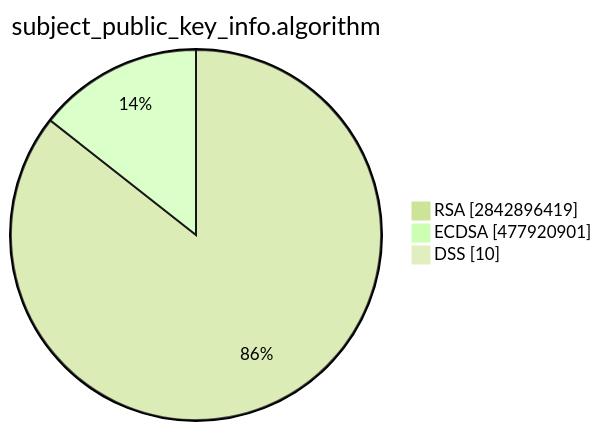
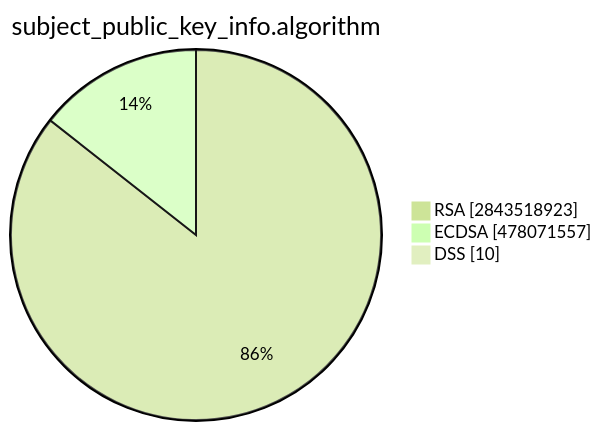
The second of 15 diagrams in TOTAL/README.md (christiankrug/ctmonitor_visualization), drawn with Mermaid (forest theme) before and after one commit. The commit also changed other lines of this file, not shown here.

````diff
--- a/TOTAL/README.md
+++ b/TOTAL/README.md
@@ -6,7 +6,7 @@
 ```mermaid
 pie showData
 title subject_public_key_info.algorithm
-"RSA" :2842896419
-"ECDSA" :477920901
+"RSA" :2843518923
+"ECDSA" :478071557
 "DSS" :10
 ```
````
